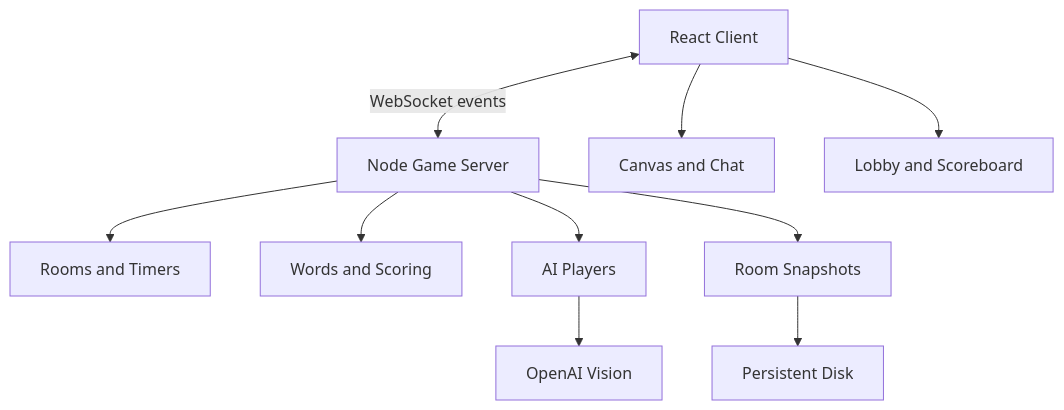
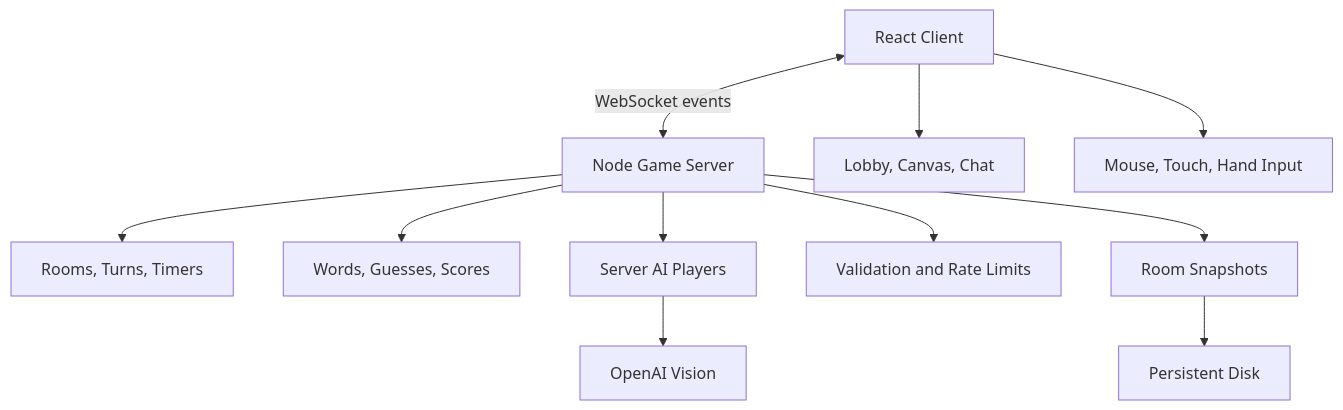
The diagram in README.md (Sanjana-Gondariya/Moodle), drawn with Mermaid before and after one commit. The commit also changed other lines of this file, not shown here.

````diff
--- a/README.md
+++ b/README.md
@@ -20,12 +27,13 @@
 ```mermaid
 flowchart TD
   A["React Client"] <-->|"WebSocket events"| B["Node Game Server"]
-  A --> C["Canvas and Chat"]
-  A --> D["Lobby and Scoreboard"]
-  B --> E["Rooms and Timers"]
-  B --> F["Words and Scoring"]
-  B --> G["AI Players"]
-  B --> H["Room Snapshots"]
-  G --> I["OpenAI Vision"]
-  H --> J["Persistent Disk"]
+  A --> C["Lobby, Canvas, Chat"]
+  A --> D["Mouse, Touch, Hand Input"]
+  B --> E["Rooms, Turns, Timers"]
+  B --> F["Words, Guesses, Scores"]
+  B --> G["Server AI Players"]
+  B --> H["Validation and Rate Limits"]
+  B --> I["Room Snapshots"]
+  G --> J["OpenAI Vision"]
+  I --> K["Persistent Disk"]
 ```
````
